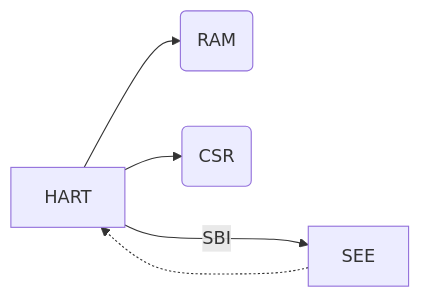
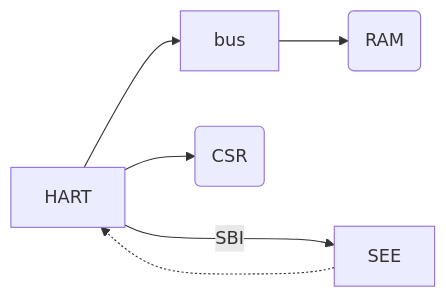
The diagram in README.md (BuJo/rrustv), drawn with Mermaid before and after one commit. The commit also changed other lines of this file and 3 other files, not shown here.

````diff
--- a/README.md
+++ b/README.md
@@ -5,7 +5,8 @@
 ```mermaid
 flowchart LR
-    hart[HART] --> ram(RAM)
+    hart[HART] --> bus[bus]
+    bus --> ram(RAM)
     hart --> csr(CSR)
     hart -->|SBI| see[SEE]
     see -..-> hart
 ```
````
